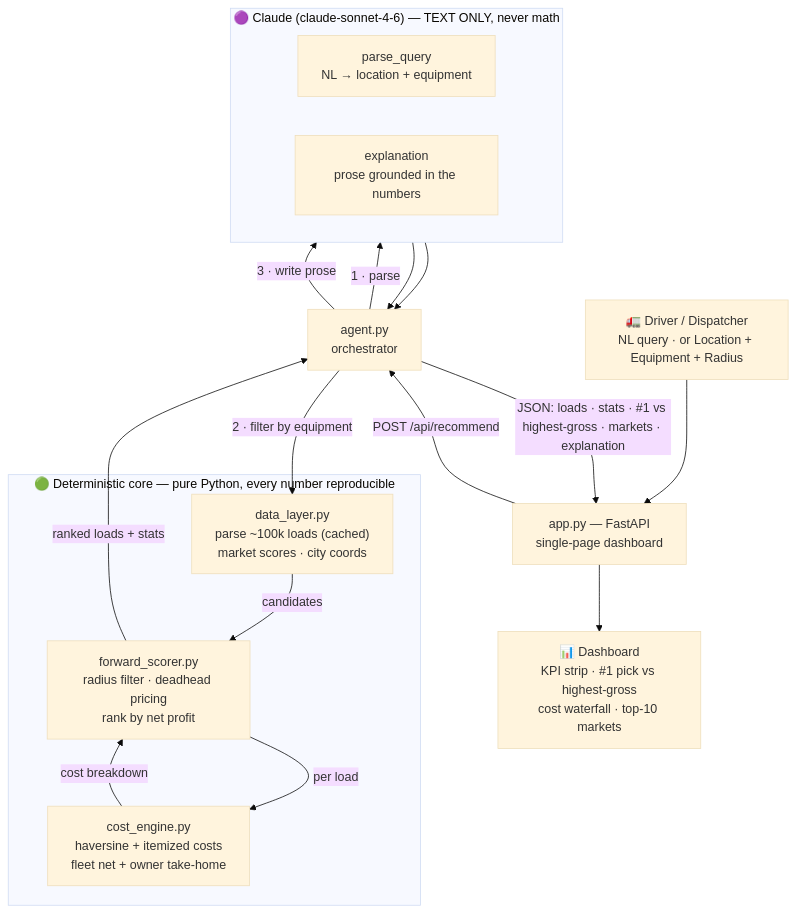
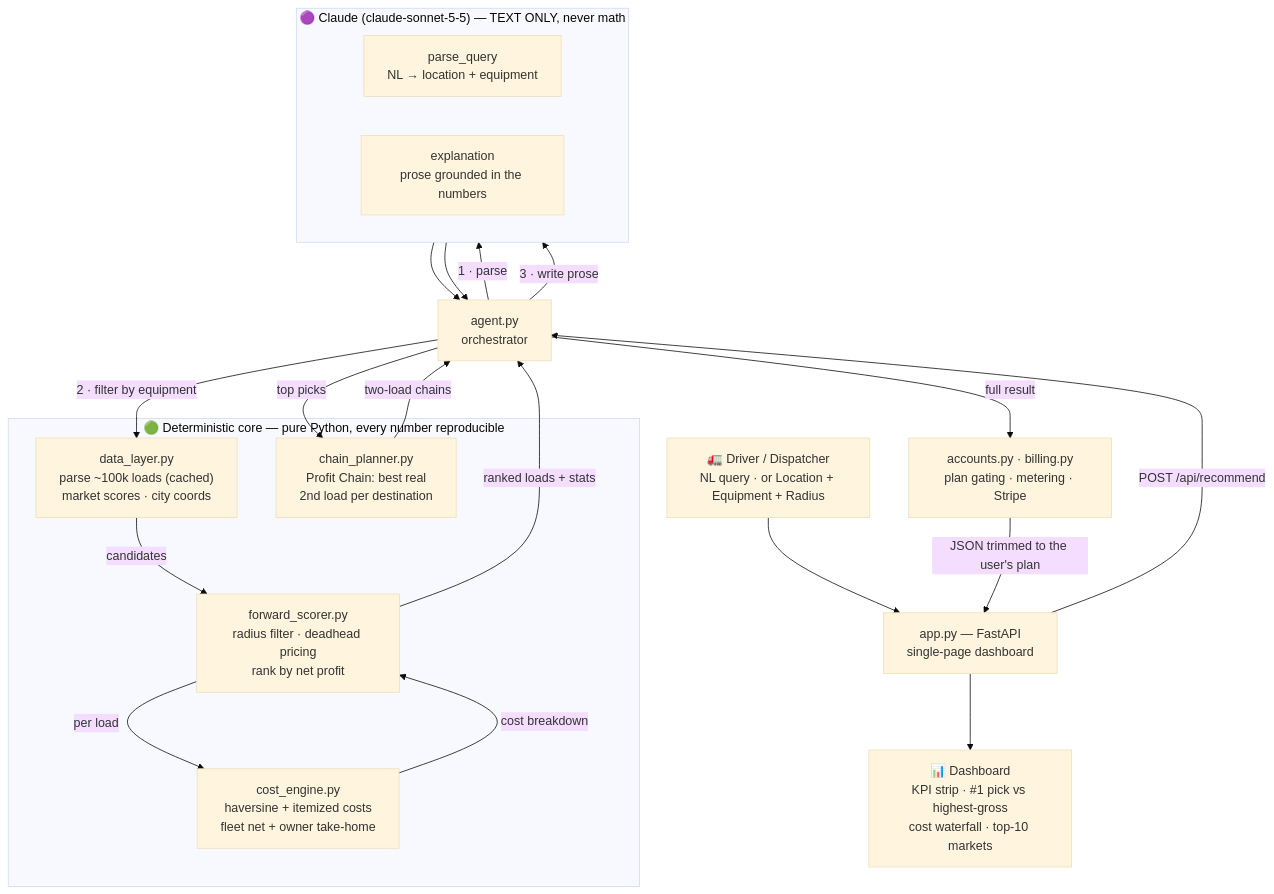
The diagram in README.md (rohitdvv/profitlane), drawn with Mermaid (base theme) before and after one commit. The commit also changed other lines of this file and 99 other files, not shown here.

First line of the commit message:
ProfitLane: monetization, Profit Chain, redesigned UI, Pages demo

````diff
--- a/README.md
+++ b/README.md
@@ -23,29 +34,35 @@
 ```mermaid
 flowchart TD
     U["🚛 Driver / Dispatcher<br/>NL query · or Location + Equipment + Radius"] --> APP["app.py — FastAPI<br/>single-page dashboard"]
     APP -->|"POST /api/recommend"| AG["agent.py<br/>orchestrator"]
 
-    subgraph LLM["🟣 Claude (claude-sonnet-4-6) — TEXT ONLY, never math"]
+    subgraph LLM["🟣 Claude (claude-sonnet-5-5) — TEXT ONLY, never math"]
       direction LR
       P["parse_query<br/>NL → location + equipment"]
       E["explanation<br/>prose grounded in the numbers"]
     end
 
     subgraph DET["🟢 Deterministic core — pure Python, every number reproducible"]
       DL["data_layer.py<br/>parse ~100k loads (cached)<br/>market scores · city coords"]
       FS["forward_scorer.py<br/>radius filter · deadhead pricing<br/>rank by net profit"]
       CE["cost_engine.py<br/>haversine + itemized costs<br/>fleet net + owner take-home"]
+      CP["chain_planner.py<br/>Profit Chain: best real<br/>2nd load per destination"]
     end
+
+    GATE["accounts.py · billing.py<br/>plan gating · metering · Stripe"]
 
     AG -->|"1 · parse"| P
     P --> AG
     AG -->|"2 · filter by equipment"| DL
     DL -->|"candidates"| FS
     FS -->|"per load"| CE
     CE -->|"cost breakdown"| FS
     FS -->|"ranked loads + stats"| AG
+    AG -->|"top picks"| CP
+    CP -->|"two-load chains"| AG
     AG -->|"3 · write prose"| E
     E --> AG
-    AG -->|"JSON: loads · stats · #1 vs highest-gross · markets · explanation"| APP
+    AG -->|"full result"| GATE
+    GATE -->|"JSON trimmed to the user's plan"| APP
     APP --> OUT["📊 Dashboard<br/>KPI strip · #1 pick vs highest-gross<br/>cost waterfall · top-10 markets"]
 ```
````
